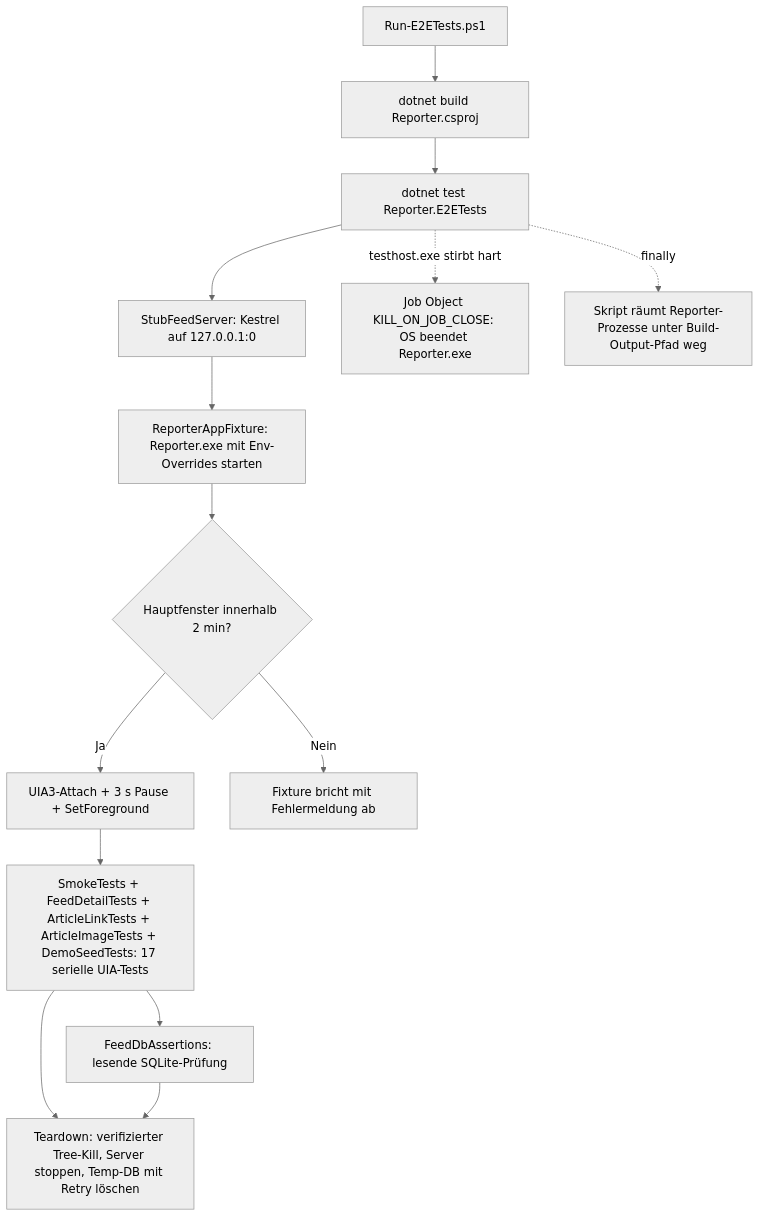
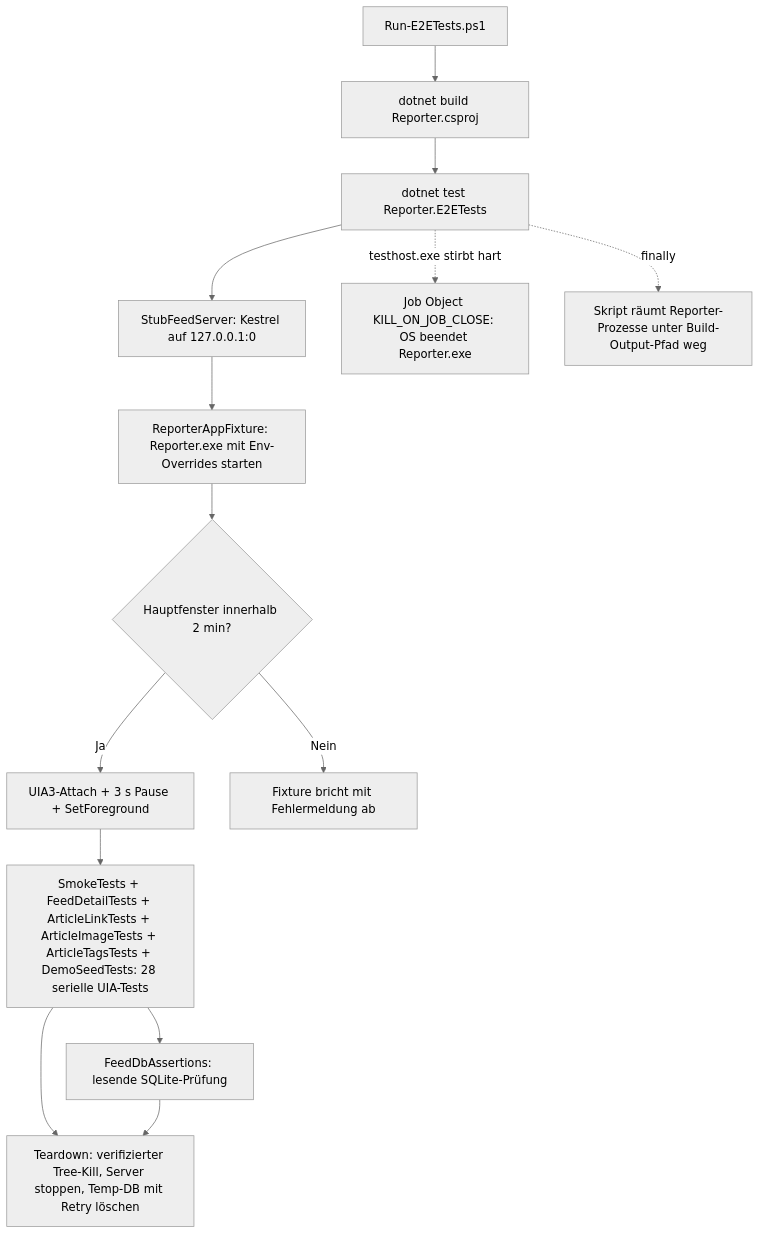
The diagram in docs/help/tests/ablauf-technisch.md (martin-stromberg/Reporter), drawn with Mermaid (neutral theme) before and after one commit. The commit also changed other lines of this file and 52 other files, not shown here.

````diff
--- a/docs/help/tests/ablauf-technisch.md
+++ b/docs/help/tests/ablauf-technisch.md
@@ -91,16 +96,16 @@
 ```mermaid
 flowchart TD
     A[Run-E2ETests.ps1] --> B[dotnet build Reporter.csproj]
     B --> C[dotnet test Reporter.E2ETests]
     C --> D[StubFeedServer: Kestrel auf 127.0.0.1:0]
     D --> E[ReporterAppFixture: Reporter.exe mit Env-Overrides starten]
     E --> F{Hauptfenster innerhalb 2 min?}
     F -- Ja --> G[UIA3-Attach + 3 s Pause + SetForeground]
     F -- Nein --> H[Fixture bricht mit Fehlermeldung ab]
-    G --> I[SmokeTests + FeedDetailTests + ArticleLinkTests + ArticleImageTests + DemoSeedTests: 17 serielle UIA-Tests]
+    G --> I[SmokeTests + FeedDetailTests + ArticleLinkTests + ArticleImageTests + ArticleTagsTests + DemoSeedTests: 28 serielle UIA-Tests]
     I --> J[FeedDbAssertions: lesende SQLite-Prüfung]
     I --> K[Teardown: verifizierter Tree-Kill, Server stoppen, Temp-DB mit Retry löschen]
     J --> K
     C -.->|testhost.exe stirbt hart| L[Job Object KILL_ON_JOB_CLOSE: OS beendet Reporter.exe]
     C -.->|finally| M[Skript räumt Reporter-Prozesse unter Build-Output-Pfad weg]
 ```
````
